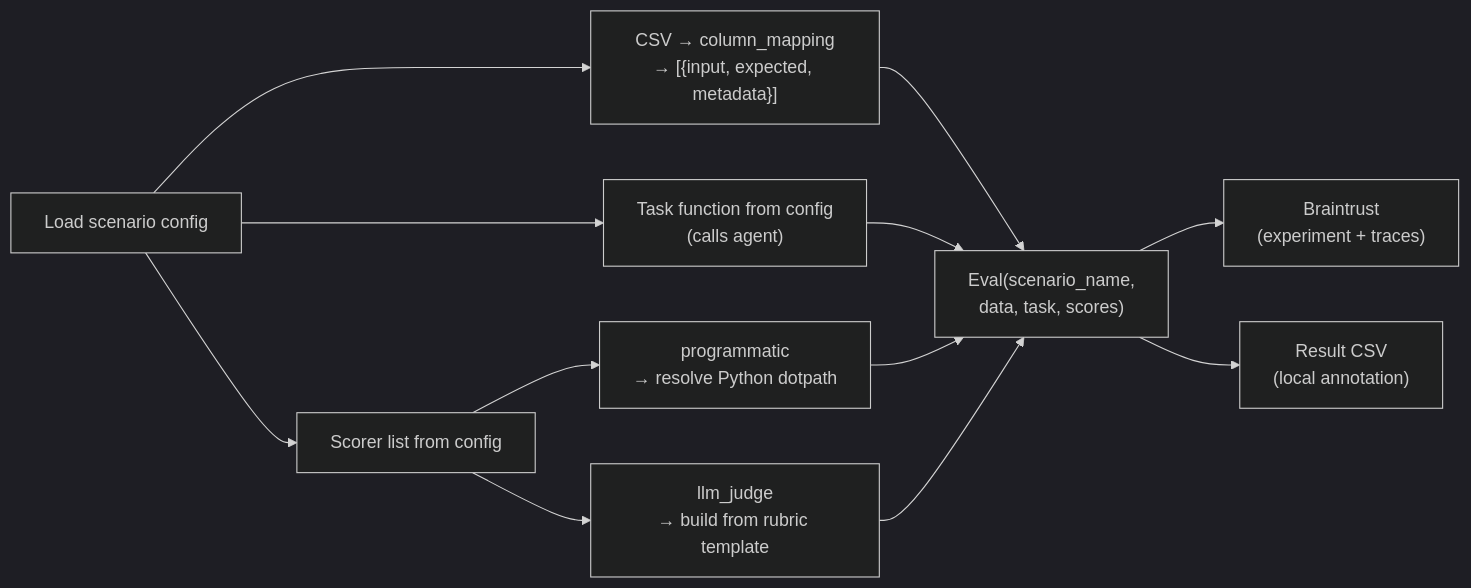
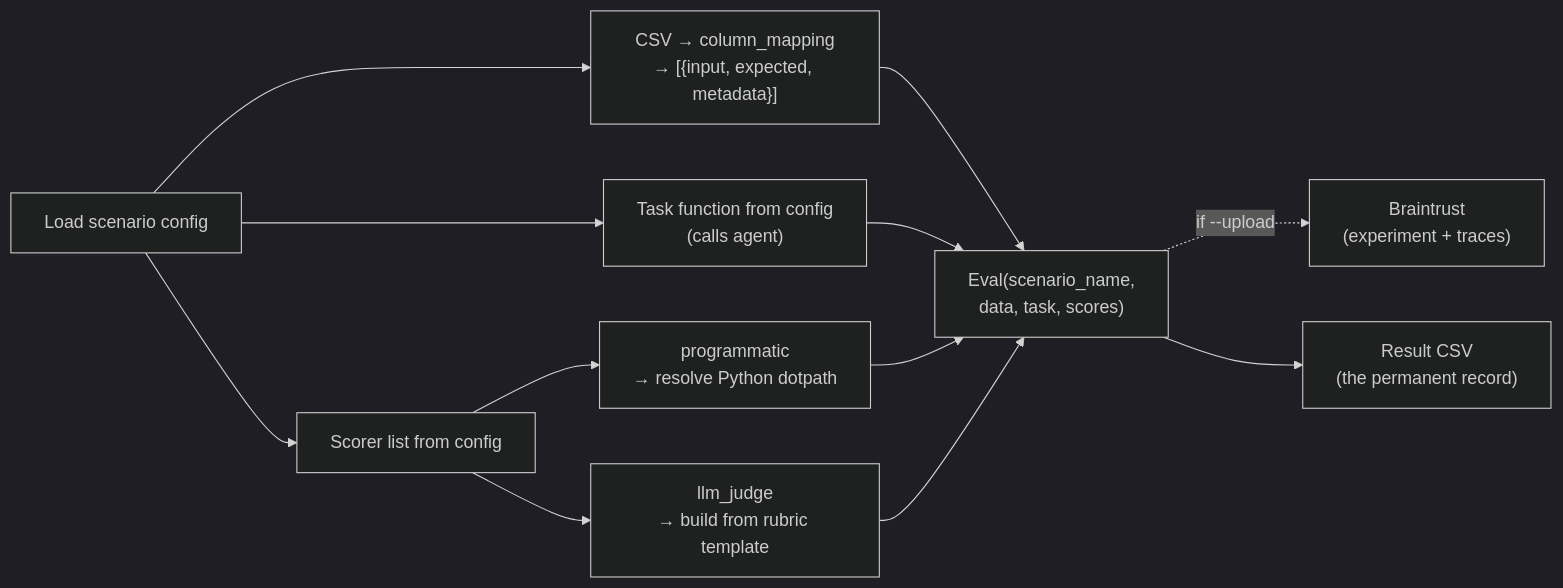
Before and after one commit to wei-yiting/fin-lab-x: the third of 3 diagrams in backend/evals/ARCHITECTURE.md, drawn with Mermaid (dark theme). The commit also changed other lines of this file and 7 other files, not shown here.

First line of the commit message:
refactor(evals): single-run eval executor, default no-upload (DEV-102 E1)

````diff
--- a/backend/evals/ARCHITECTURE.md
+++ b/backend/evals/ARCHITECTURE.md
@@ -82,23 +82,23 @@
 ```mermaid
 graph LR
     Config["Load scenario config"]
     Data["CSV → column_mapping<br/>→ [{input, expected, metadata}]"]
     TaskFn["Task function from config<br/>(calls agent)"]
     ScorerList["Scorer list from config"]
     Prog["programmatic<br/>→ resolve Python dotpath"]
     LLM["llm_judge<br/>→ build from rubric template"]
 
     Config --> Data
     Config --> TaskFn
     Config --> ScorerList
     ScorerList --> Prog
     ScorerList --> LLM
 
     Data --> Eval["Eval(scenario_name,<br/>data, task, scores)"]
     TaskFn --> Eval
     Prog --> Eval
     LLM --> Eval
 
-    Eval --> BT["Braintrust<br/>(experiment + traces)"]
-    Eval --> ResultCSV["Result CSV<br/>(local annotation)"]
+    Eval -.->|"if --upload"| BT["Braintrust<br/>(experiment + traces)"]
+    Eval --> ResultCSV["Result CSV<br/>(the permanent record)"]
 ```
````
